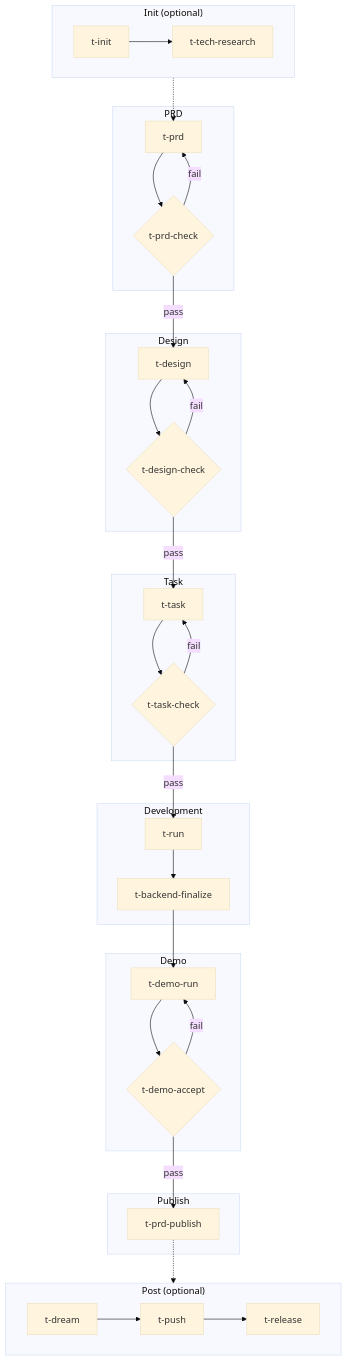
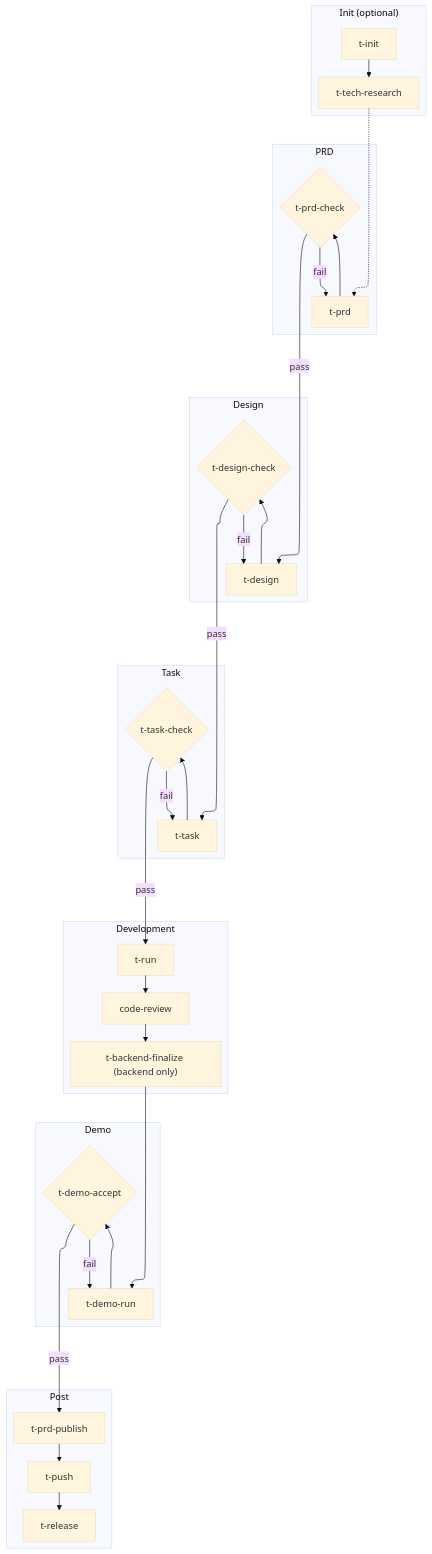
Before and after one commit to timzaak/web-dev-skills: the diagram in README.en.md, drawn with Mermaid (base theme). The commit also changed other lines of this file and 3 other files, not shown here.

First line of the commit message:
Update workflow: add code-review step, restructure Post phase, fix mermaid rendering

````diff
--- a/README.en.md
+++ b/README.en.md
@@ -77,48 +80,44 @@
 ```mermaid
+%%{init: {'flowchart': {'defaultRenderer': 'elk'}}}%%
 flowchart TD
     subgraph Init["Init (optional)"]
         direction LR
         A1["t-init"] --> A2["t-tech-research"]
     end
 
     subgraph PRD["PRD"]
         B1["t-prd"] --> B2{"t-prd-check"}
         B2 -->|fail| B1
     end
 
     subgraph Design["Design"]
         C1["t-design"] --> C2{"t-design-check"}
         C2 -->|fail| C1
     end
 
     subgraph Task["Task"]
         D1["t-task"] --> D2{"t-task-check"}
         D2 -->|fail| D1
     end
 
     subgraph Dev["Development"]
-        E1["t-run"] --> E2["t-backend-finalize"]
+        E1["t-run"] --> E2["code-review"]
+        E2 --> E3["t-backend-finalize (backend only)"]
     end
 
     subgraph Demo["Demo"]
         F1["t-demo-run"] --> F2{"t-demo-accept"}
         F2 -->|fail| F1
     end
 
-    subgraph Publish["Publish"]
-        G1["t-prd-publish"]
-    end
-
-    subgraph Post["Post (optional)"]
-        direction LR
-        H1["t-dream"] --> H2["t-push"] --> H3["t-release"]
+    subgraph Post["Post"]
+        G1["t-prd-publish"] --> G2["t-push"] --> G3["t-release"]
     end
 
     A2 -.-> B1
     B2 -->|pass| C1
     C2 -->|pass| D1
     D2 -->|pass| E1
-    E2 --> F1
+    E3 --> F1
     F2 -->|pass| G1
-    G1 -.-> H1
 ```
````
